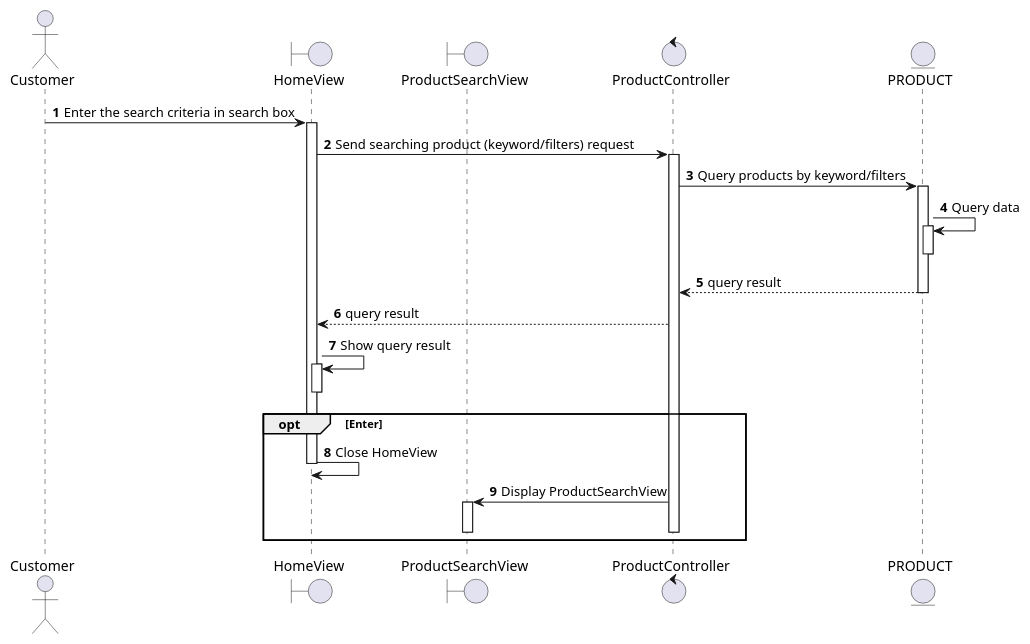
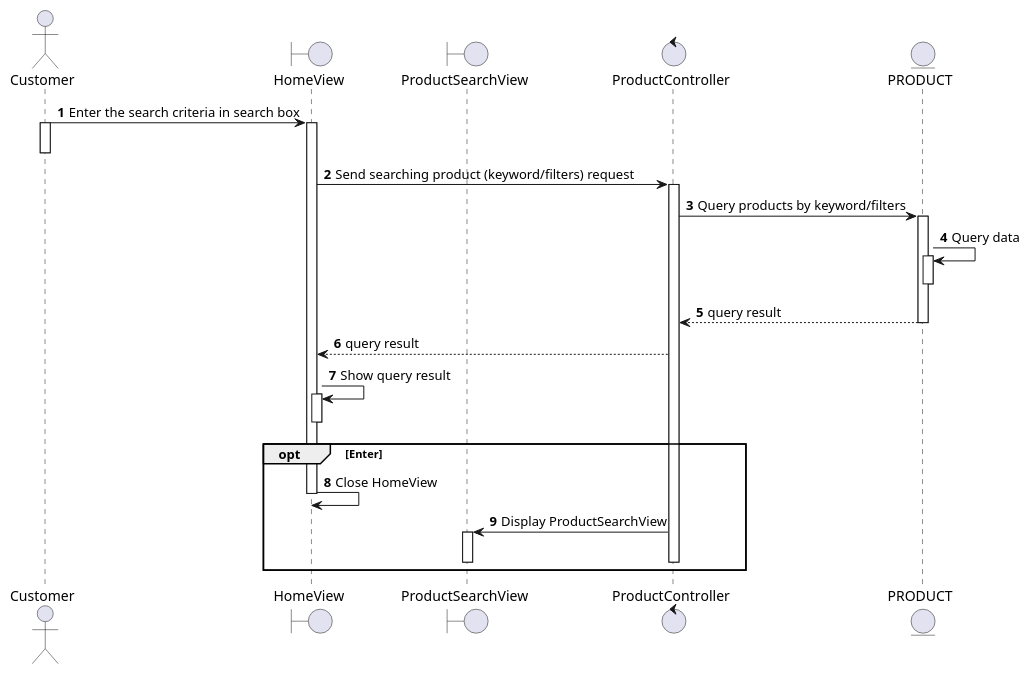
Before and after one commit to electricilies/electricilies.github.io: the diagram in docs/docs/sequence/view-product/search-product.md, drawn with PlantUML.

Commit message:
chore(sequence): activate Customer

````diff
--- a/docs/docs/sequence/view-product/search-product.md
+++ b/docs/docs/sequence/view-product/search-product.md
@@ -3,37 +3,39 @@
 ```plantuml
 @startuml
 autonumber
 
 actor Customer as C
 boundary HomeView as HV
 boundary ProductSearchView as PSV
 control ProductController as PC
 entity PRODUCT as P
 
 C -> HV: Enter the search criteria in search box
+activate C
+deactivate C
 activate HV
 HV -> PC: Send searching product (keyword/filters) request
 activate PC
 PC -> P: Query products by keyword/filters
 activate P
 P -> P: Query data
 activate P
 deactivate P
 PC <-- P: query result
 deactivate P
 HV <-- PC: query result
 HV -> HV: Show query result
 activate HV
 deactivate HV
 
 opt Enter
   HV -> HV: Close HomeView
   deactivate HV
   PSV <- PC: Display ProductSearchView
   activate PSV
   deactivate PC
   deactivate PSV
 end
 
 @enduml
 ```
````
